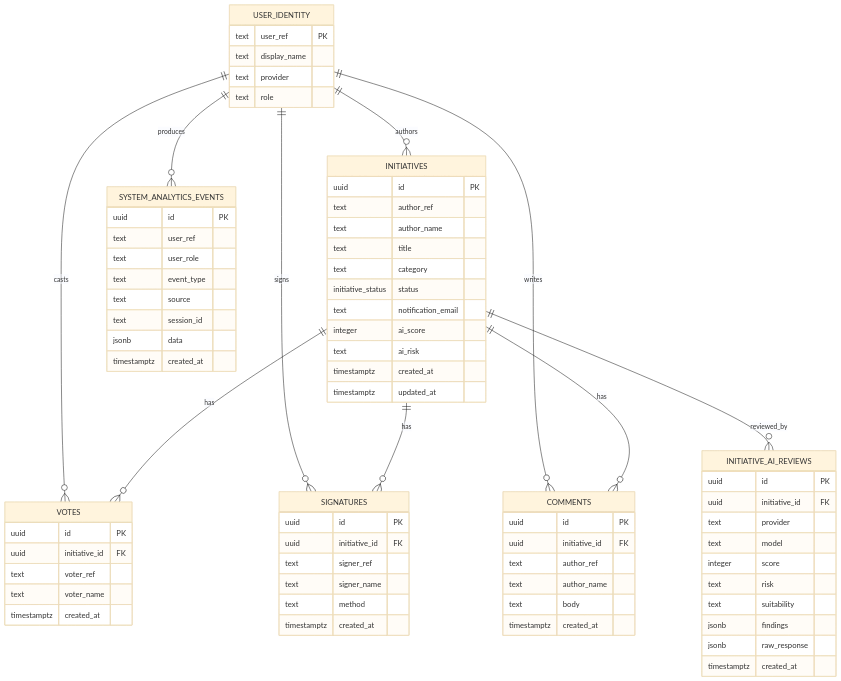
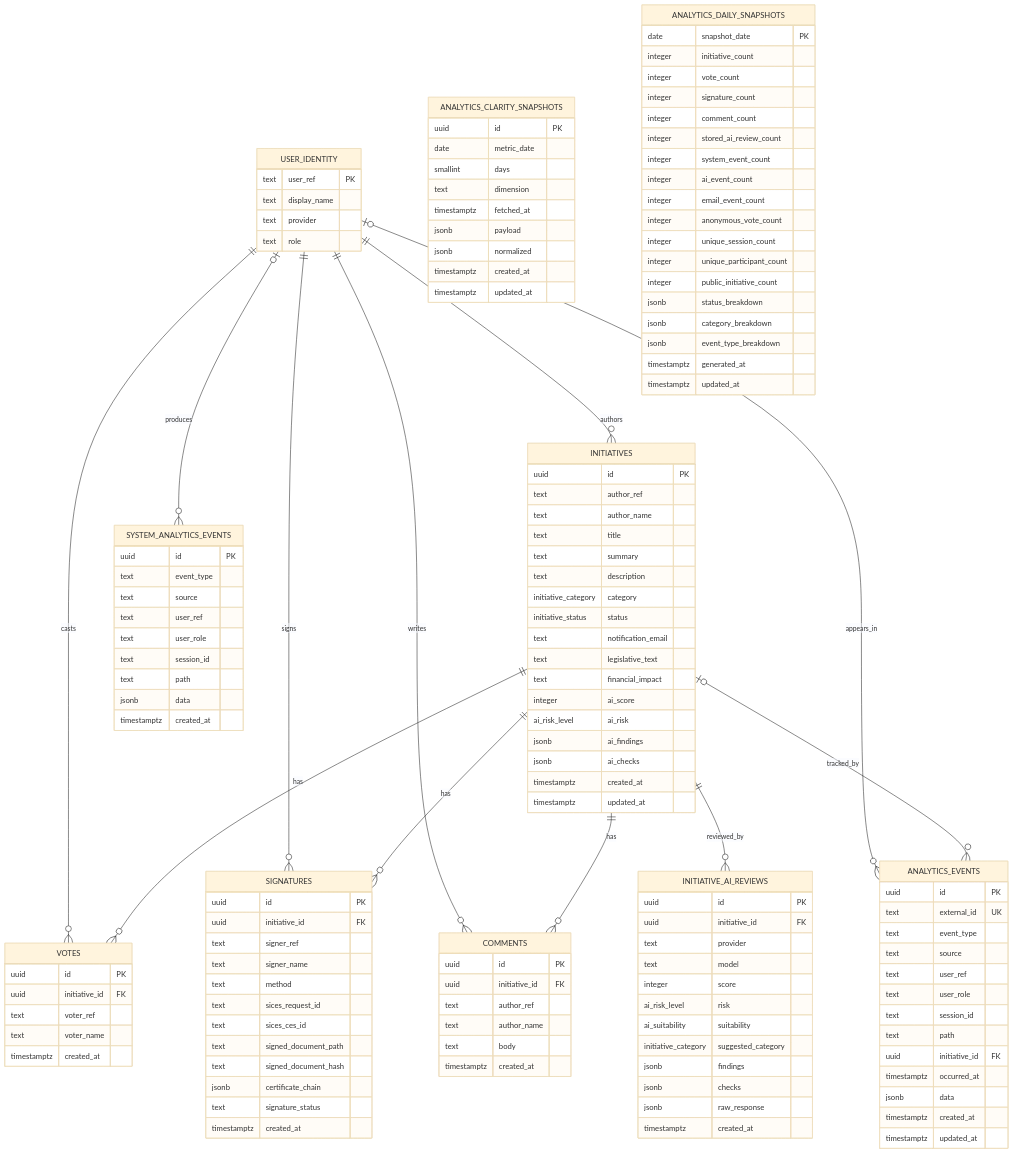
One commit to grisini/Demos changed the fifth of 6 diagrams in docs/diagrams.md. Above: the diagram before and after it, drawn with Mermaid (base theme). The commit also changed other lines of this file and 5 other files, not shown here.

````diff
--- a/docs/diagrams.md
+++ b/docs/diagrams.md
@@ -207,11 +210,13 @@
   USER_IDENTITY ||--o{ VOTES : casts
   USER_IDENTITY ||--o{ SIGNATURES : signs
   USER_IDENTITY ||--o{ COMMENTS : writes
-  USER_IDENTITY ||--o{ SYSTEM_ANALYTICS_EVENTS : produces
+  USER_IDENTITY o|--o{ SYSTEM_ANALYTICS_EVENTS : produces
+  USER_IDENTITY o|--o{ ANALYTICS_EVENTS : appears_in
   INITIATIVES ||--o{ VOTES : has
   INITIATIVES ||--o{ SIGNATURES : has
   INITIATIVES ||--o{ COMMENTS : has
   INITIATIVES ||--o{ INITIATIVE_AI_REVIEWS : reviewed_by
+  INITIATIVES o|--o{ ANALYTICS_EVENTS : tracked_by
 
   USER_IDENTITY {
     text user_ref PK
@@ -225,11 +230,17 @@
     text author_ref
     text author_name
     text title
-    text category
+    text summary
+    text description
+    initiative_category category
     initiative_status status
     text notification_email
+    text legislative_text
+    text financial_impact
     integer ai_score
-    text ai_risk
+    ai_risk_level ai_risk
+    jsonb ai_findings
+    jsonb ai_checks
     timestamptz created_at
     timestamptz updated_at
   }
@@ -248,6 +259,12 @@
     text signer_ref
     text signer_name
     text method
+    text sices_request_id
+    text sices_ces_id
+    text signed_document_path
+    text signed_document_hash
+    jsonb certificate_chain
+    text signature_status
     timestamptz created_at
   }
 
@@ -266,21 +283,73 @@
     text provider
     text model
     integer score
-    text risk
-    text suitability
+    ai_risk_level risk
+    ai_suitability suitability
+    initiative_category suggested_category
     jsonb findings
+    jsonb checks
     jsonb raw_response
     timestamptz created_at
   }
 
   SYSTEM_ANALYTICS_EVENTS {
     uuid id PK
+    text event_type
+    text source
     text user_ref
     text user_role
-    text event_type
-    text source
     text session_id
+    text path
     jsonb data
     timestamptz created_at
   }
+
+  ANALYTICS_EVENTS {
+    uuid id PK
+    text external_id UK
+    text event_type
+    text source
+    text user_ref
+    text user_role
+    text session_id
+    text path
+    uuid initiative_id FK
+    timestamptz occurred_at
+    jsonb data
+    timestamptz created_at
+    timestamptz updated_at
+  }
+
+  ANALYTICS_CLARITY_SNAPSHOTS {
+    uuid id PK
+    date metric_date
+    smallint days
+    text dimension
+    timestamptz fetched_at
+    jsonb payload
+    jsonb normalized
+    timestamptz created_at
+    timestamptz updated_at
+  }
+
+  ANALYTICS_DAILY_SNAPSHOTS {
+    date snapshot_date PK
+    integer initiative_count
+    integer vote_count
+    integer signature_count
+    integer comment_count
+    integer stored_ai_review_count
+    integer system_event_count
+    integer ai_event_count
+    integer email_event_count
+    integer anonymous_vote_count
+    integer unique_session_count
+    integer unique_participant_count
+    integer public_initiative_count
+    jsonb status_breakdown
+    jsonb category_breakdown
+    jsonb event_type_breakdown
+    timestamptz generated_at
+    timestamptz updated_at
+  }
 ```
````
